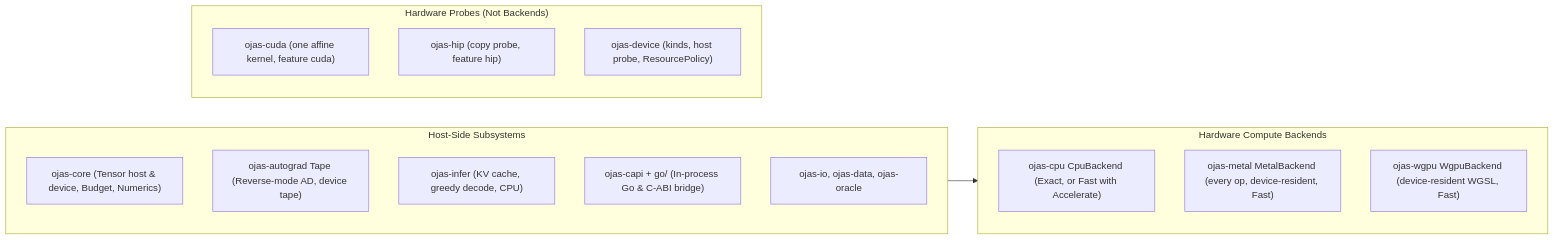
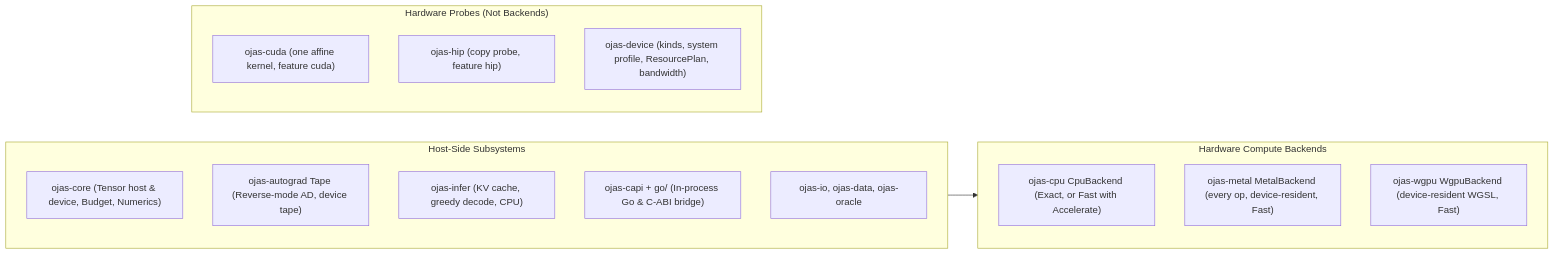
One commit to bharathvbcr/ojas changed the second of 3 diagrams in docs/status.md. Above: the diagram before and after it, drawn with Mermaid. The commit also changed other lines of this file and 168 other files, not shown here.

Commit message:
Implement system profiling, adaptive resource planning, kernel optimizations, and update docs

````diff
--- a/docs/status.md
+++ b/docs/status.md
@@ -221,27 +220,27 @@
 ```mermaid
 flowchart LR
     subgraph Backends["Hardware Compute Backends"]
         direction TB
         b1["ojas-cpu CpuBackend (Exact, or Fast with Accelerate)"]
         b2["ojas-metal MetalBackend (every op, device-resident, Fast)"]
         b3["ojas-wgpu WgpuBackend (device-resident WGSL, Fast)"]
     end
 
     subgraph Host["Host-Side Subsystems"]
         direction TB
         h1["ojas-core (Tensor host & device, Budget, Numerics)"]
         h2["ojas-autograd Tape (Reverse-mode AD, device tape)"]
         h3["ojas-infer (KV cache, greedy decode, CPU)"]
         h4["ojas-capi + go/ (In-process Go & C-ABI bridge)"]
         h5["ojas-io, ojas-data, ojas-oracle"]
     end
 
     subgraph Probes["Hardware Probes (Not Backends)"]
         direction TB
         p1["ojas-cuda (one affine kernel, feature cuda)"]
         p2["ojas-hip (copy probe, feature hip)"]
-        p3["ojas-device (kinds, host probe, ResourcePolicy)"]
+        p3["ojas-device (kinds, system profile, ResourcePlan, bandwidth)"]
     end
 
     Host --> Backends
 ```
````
